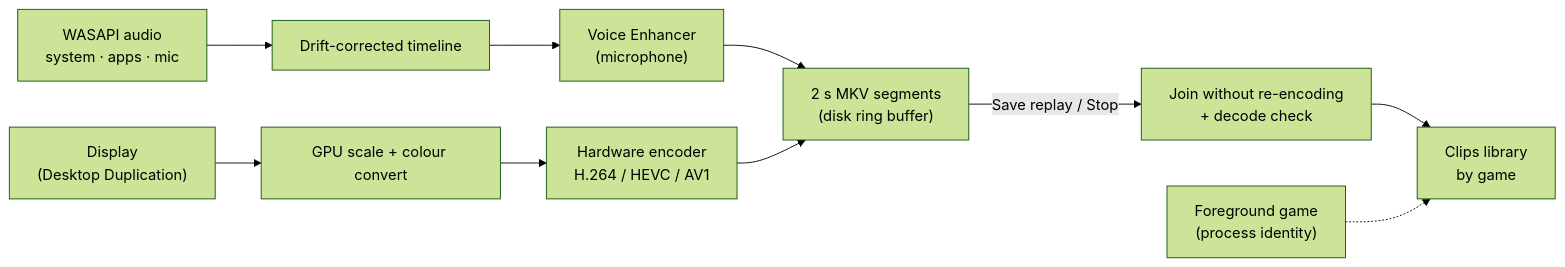
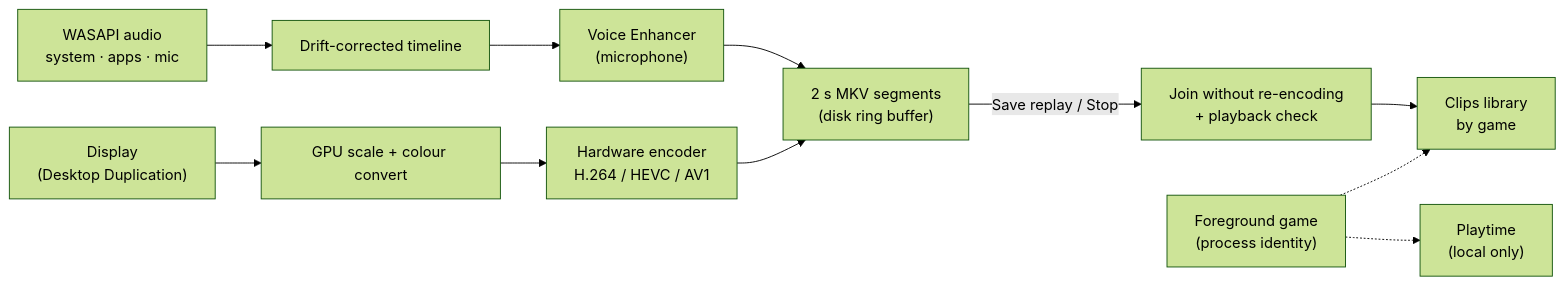
Before and after one commit to PrithviGhale/REPLAYX: the diagram in README.md, drawn with Mermaid (forest theme). The commit also changed other lines of this file and 14 other files, not shown here.

````diff
--- a/README.md
+++ b/README.md
@@ -142,9 +201,10 @@
 ```mermaid
 flowchart LR
     D["Display<br/>(Desktop Duplication)"] --> S["GPU scale + colour convert"]
     S --> E["Hardware encoder<br/>H.264 / HEVC / AV1"]
     A["WASAPI audio<br/>system · apps · mic"] --> T["Drift-corrected timeline"] --> V["Voice Enhancer<br/>(microphone)"] --> M
     E --> M["2 s MKV segments<br/>(disk ring buffer)"]
-    M -->|Save replay / Stop| C["Join without re-encoding<br/>+ decode check"] --> L["Clips library<br/>by game"]
+    M -->|Save replay / Stop| C["Join without re-encoding<br/>+ playback check"] --> L["Clips library<br/>by game"]
     G["Foreground game<br/>(process identity)"] -.-> L
+    G -.-> P["Playtime<br/>(local only)"]
 ```
````
